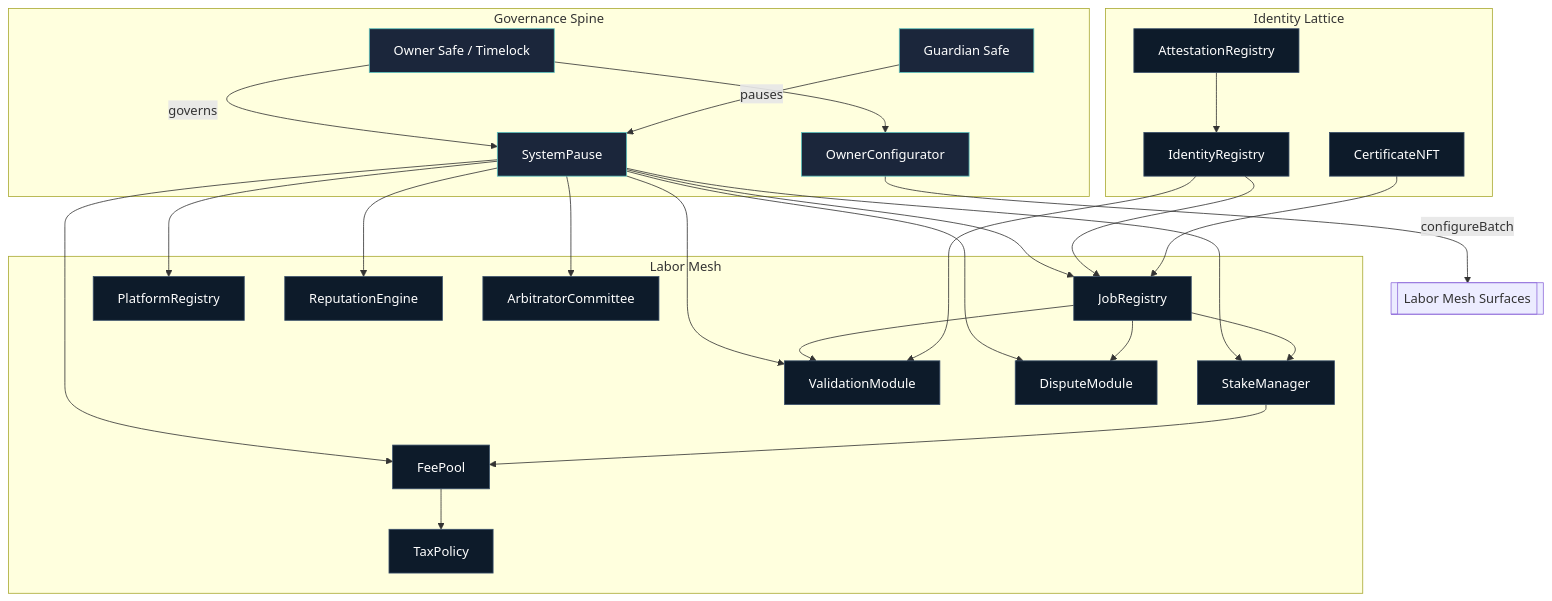
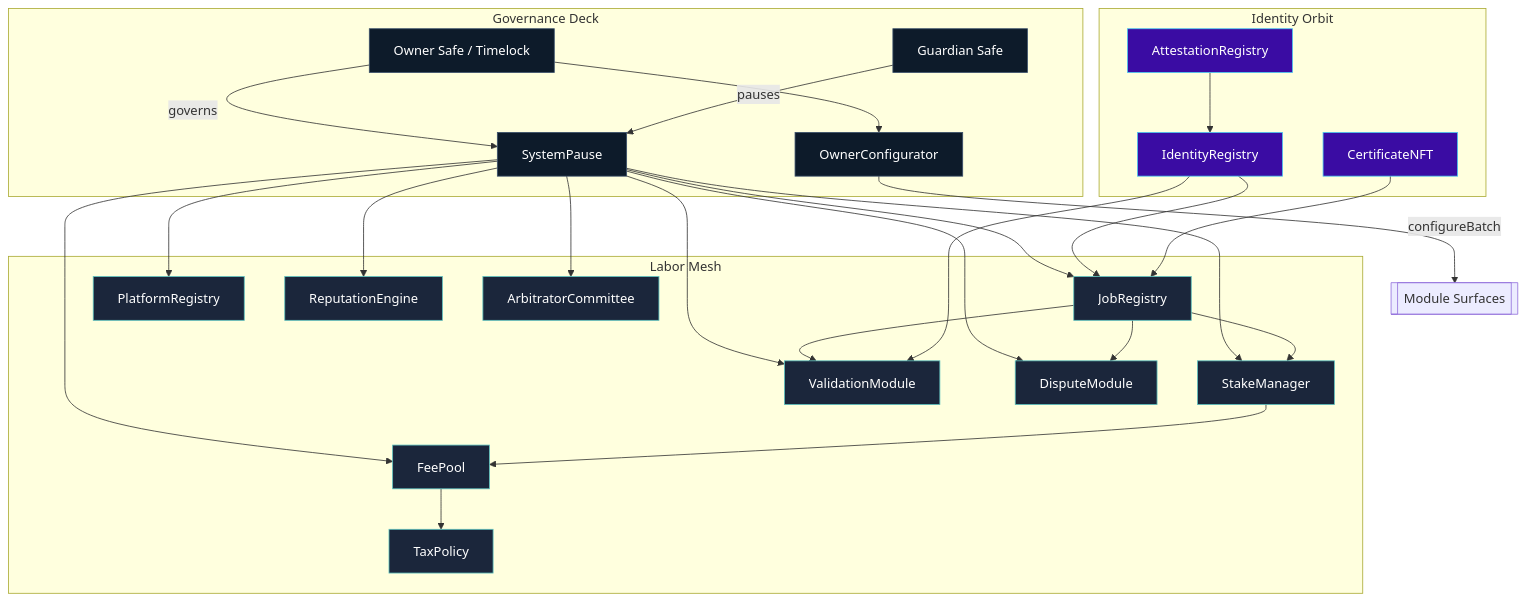
One commit to MontrealAI/agijobs-sovereign-labor-v0p1 changed the first of 3 diagrams in README.md. Above: the diagram before and after it, drawn with Mermaid. The commit also changed other lines of this file and 3 other files, not shown here.

````diff
--- a/README.md
+++ b/README.md
@@ -39,45 +40,47 @@
 ```mermaid
 flowchart TB
-    subgraph Governance Spine
+    subgraph Governance Deck
         owner[Owner Safe / Timelock]
         guardian[Guardian Safe]
         configurator[OwnerConfigurator]
         pause[SystemPause]
     end
     subgraph Labor Mesh
         job[JobRegistry]
         stake[StakeManager]
         validate[ValidationModule]
         dispute[DisputeModule]
         platform[PlatformRegistry]
         fee[FeePool]
         rep[ReputationEngine]
         arb[ArbitratorCommittee]
         tax[TaxPolicy]
     end
-    subgraph Identity Lattice
+    subgraph Identity Orbit
         id[IdentityRegistry]
         att[AttestationRegistry]
         cert[CertificateNFT]
     end
 
     owner -->|governs| pause
     guardian -->|pauses| pause
     owner --> configurator
-    configurator -->|configureBatch| laborMesh[[Labor Mesh Surfaces]]
+    configurator -->|configureBatch| laborMesh[[Module Surfaces]]
     pause --> job & stake & validate & dispute & platform & fee & rep & arb
     job --> stake
     job --> validate
     job --> dispute
     stake --> fee
     fee --> tax
     id --> validate
     id --> job
     att --> id
     cert --> job
 
-    classDef core fill:#0d1b2a,stroke:#3a506b,color:#fff;
-    classDef gov fill:#1b263b,stroke:#5bc0be,color:#fff;
-    class owner,guardian,configurator,pause gov;
-    class job,stake,validate,dispute,platform,fee,rep,arb,tax,id,att,cert core;
+    classDef deck fill:#0d1b2a,stroke:#3a506b,color:#fff;
+    classDef mesh fill:#1b263b,stroke:#5bc0be,color:#fff;
+    classDef orbit fill:#3a0ca3,stroke:#4cc9f0,color:#fff;
+    class owner,guardian,configurator,pause deck;
+    class job,stake,validate,dispute,platform,fee,rep,arb,tax mesh;
+    class id,att,cert orbit;
 ```
````
